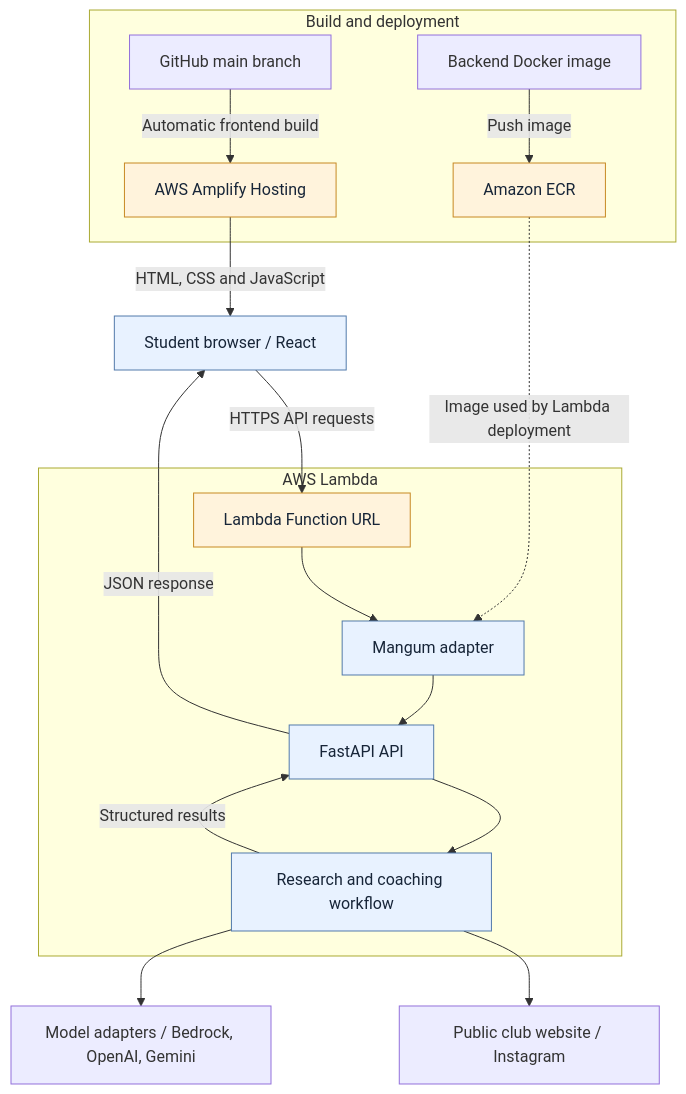
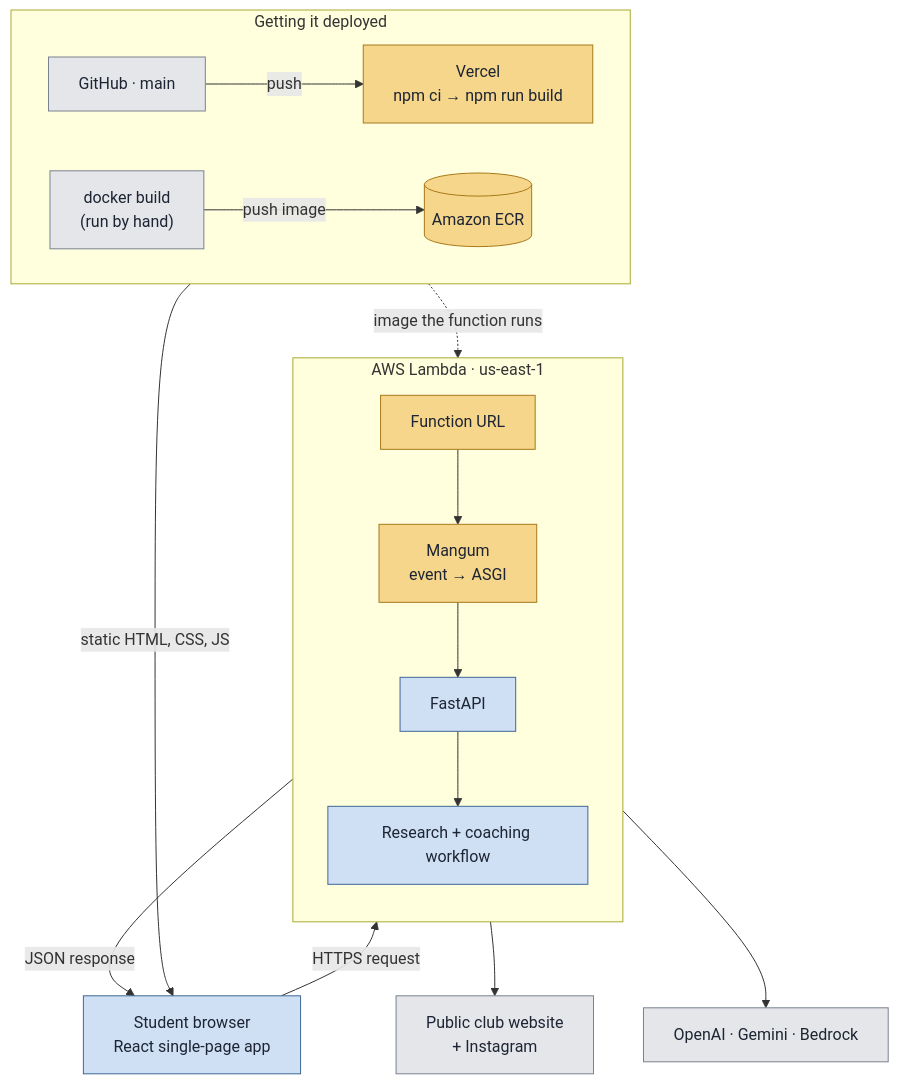
Before and after one commit to yechanlin/AWS-x-Bruin-AI: the first of 2 diagrams in README.md, drawn with Mermaid. The commit also changed other lines of this file and 3 other files, not shown here.

First line of the commit message:
Replace README banner with real screenshots and correct the diagrams

````diff
--- a/README.md
+++ b/README.md
@@ -48,27 +56,30 @@
 ```mermaid
 flowchart TB
-    subgraph Delivery[Build and deployment]
-        Git[GitHub main branch] -->|Automatic frontend build| Amplify[AWS Amplify Hosting]
-        Docker[Backend Docker image] -->|Push image| ECR[Amazon ECR]
+    subgraph SHIP["Getting it deployed"]
+        direction LR
+        GH["GitHub · main"] -->|"push"| VER["Vercel<br/>npm ci → npm run build"]
+        LOCAL["docker build<br/>(run by hand)"] -->|"push image"| ECR[("Amazon ECR")]
     end
 
-    Amplify -->|HTML, CSS and JavaScript| Browser[Student browser / React]
-    Browser -->|HTTPS API requests| URL[Lambda Function URL]
+    VER -->|"static HTML, CSS, JS"| BR["Student browser<br/>React single-page app"]
 
-    subgraph Backend[AWS Lambda]
-        URL --> Adapter[Mangum adapter]
-        Adapter --> API[FastAPI API]
-        API --> Workflow[Research and coaching workflow]
+    subgraph RUN["AWS Lambda · us-east-1"]
+        direction TB
+        FU["Function URL"] --> MG["Mangum<br/>event → ASGI"]
+        MG --> API["FastAPI"]
+        API --> WF["Research + coaching workflow"]
     end
 
-    ECR -.->|Image used by Lambda deployment| Adapter
-    Workflow --> Sources[Public club website / Instagram]
-    Workflow --> Models[Model adapters / Bedrock, OpenAI, Gemini]
-    Workflow -->|Structured results| API
-    API -->|JSON response| Browser
+    BR -->|"HTTPS request"| FU
+    ECR -.->|"image the function runs"| MG
+    WF --> SRC["Public club website<br/>+ Instagram"]
+    WF --> LLM["OpenAI · Gemini · Bedrock"]
+    API -->|"JSON response"| BR
 
-    classDef aws fill:#fff3dc,stroke:#c78923,color:#172538;
-    classDef app fill:#e8f2ff,stroke:#527aab,color:#172538;
-    class Amplify,ECR,URL aws;
-    class Browser,API,Workflow,Adapter app;
+    classDef edge fill:#f6d68a,stroke:#a7791b,color:#1d2433;
+    classDef core fill:#cfe0f5,stroke:#3f6795,color:#1d2433;
+    classDef ext  fill:#e4e6ea,stroke:#7a8290,color:#1d2433;
+    class VER,FU,ECR,MG edge;
+    class BR,API,WF core;
+    class SRC,LLM,GH,LOCAL ext;
 ```
````
